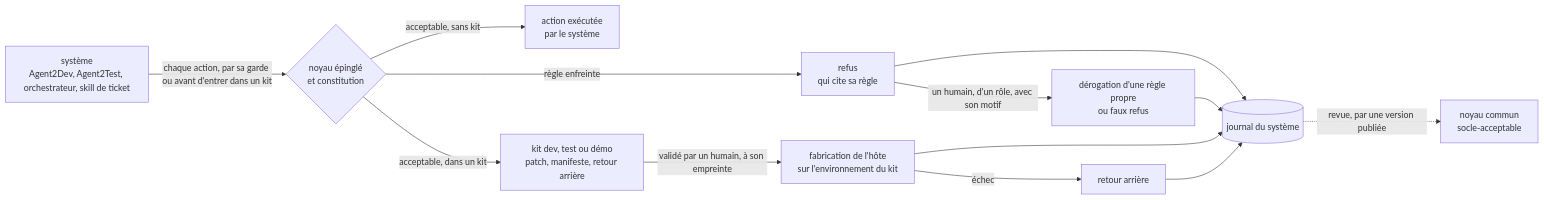
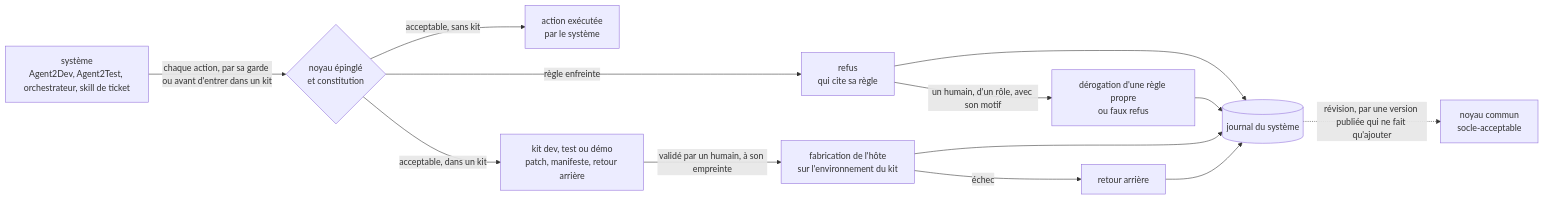
The diagram in specs/socle-acceptable/SKILL.md (FredGarcia/Agent2Prompt), drawn with Mermaid before and after one commit. The commit also changed other lines of this file and 92 other files, not shown here.

````diff
--- a/specs/socle-acceptable/SKILL.md
+++ b/specs/socle-acceptable/SKILL.md
@@ -15,15 +15,15 @@
 ```mermaid
 flowchart LR
   SYS["système<br/>Agent2Dev, Agent2Test, orchestrateur, skill de ticket"] -->|"chaque action, par sa garde ou avant d'entrer dans un kit"| CONF{"noyau épinglé<br/>et constitution"}
   CONF -->|"acceptable, sans kit"| ACT["action exécutée<br/>par le système"]
   CONF -->|"acceptable, dans un kit"| KIT["kit dev, test ou démo<br/>patch, manifeste, retour arrière"]
   CONF -->|"règle enfreinte"| REF["refus<br/>qui cite sa règle"]
   KIT -->|"validé par un humain, à son empreinte"| FAB["fabrication de l'hôte<br/>sur l'environnement du kit"]
   REF -->|"un humain, d'un rôle, avec son motif"| DER["dérogation d'une règle propre<br/>ou faux refus"]
   FAB -->|"échec"| RET["retour arrière"]
   REF --> J[("journal du système")]
   DER --> J
   FAB --> J
   RET --> J
-  J -.->|"revue, par une version publiée"| NOY["noyau commun<br/>socle-acceptable"]
+  J -.->|"révision, par une version publiée qui ne fait qu'ajouter"| NOY["noyau commun<br/>socle-acceptable"]
 ```
````
